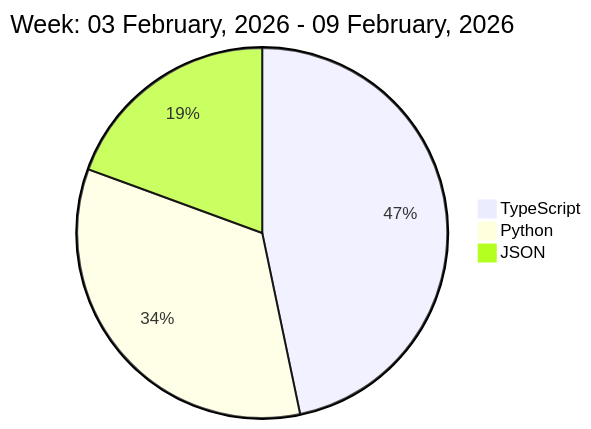
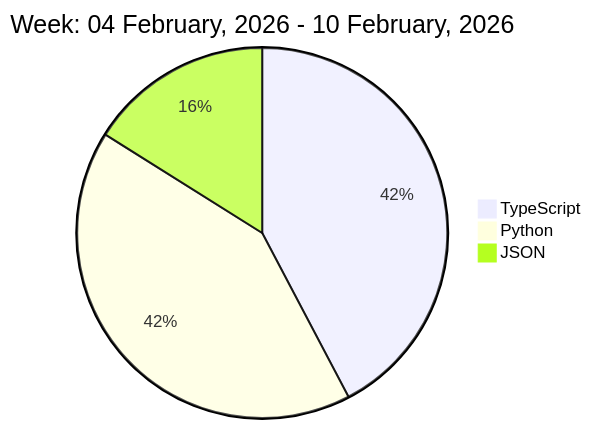
The diagram in README.md (liubin95/liubin95), drawn with Mermaid before and after one commit.

Commit message:
Updated the Graph with new Metrics

````diff
--- a/README.md
+++ b/README.md
@@ -37,7 +37,7 @@
 ```mermaid
  pie
-title Week: 03 February, 2026 - 09 February, 2026
- "TypeScript" : 7.75
- "Python" : 5.62
- "JSON" : 3.22
+title Week: 04 February, 2026 - 10 February, 2026
+ "TypeScript" : 7.18
+ "Python" : 7.07
+ "JSON" : 2.73
 ```
````
